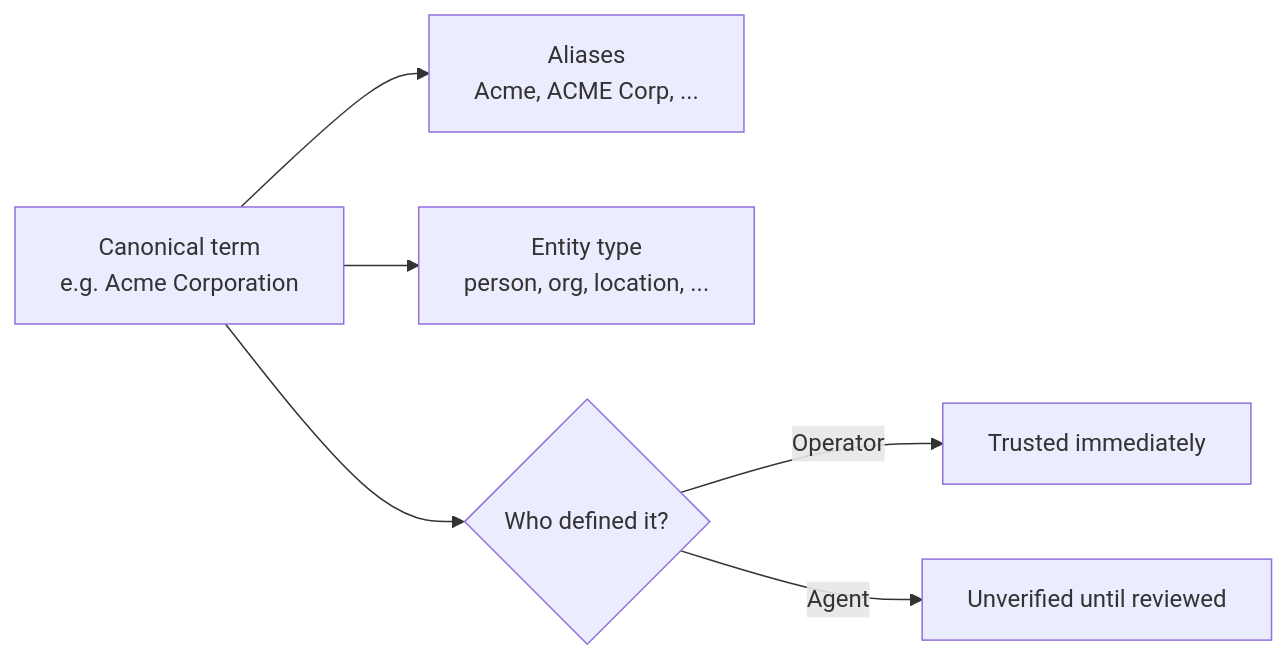
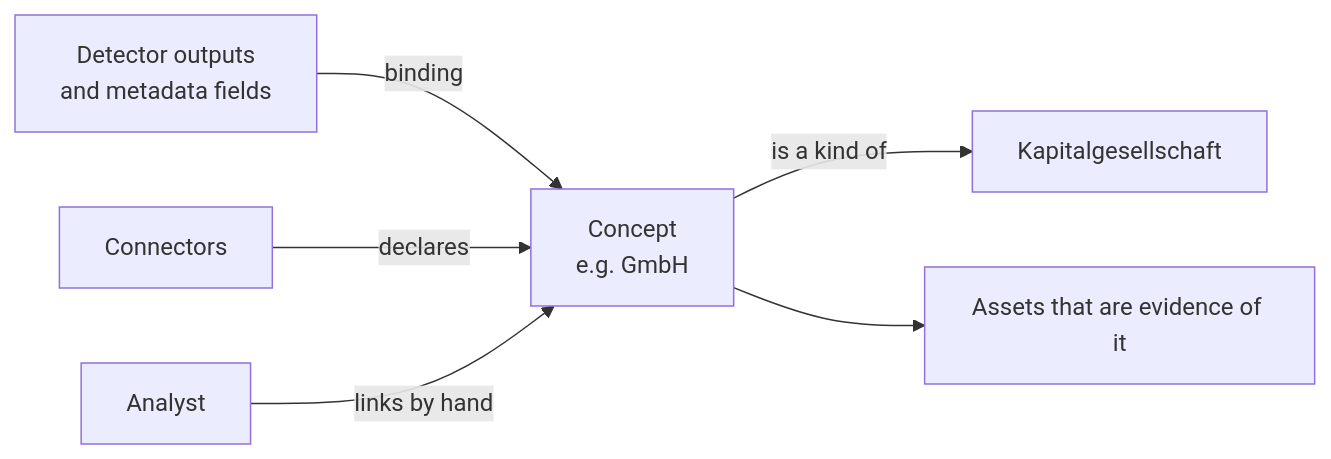
One commit to classifyre/classifyre changed the diagram in apps/docs/app/how-it-works/glossary/page.mdx. Above: the diagram before and after it, drawn with Mermaid. The commit also changed other lines of this file and 4 other files, not shown here.

````diff
--- a/apps/docs/app/how-it-works/glossary/page.mdx
+++ b/apps/docs/app/how-it-works/glossary/page.mdx
@@ -13,8 +16,8 @@
 ```mermaid
 graph LR
-    Term["Canonical term<br/>e.g. Acme Corporation"] --> Aliases["Aliases<br/>Acme, ACME Corp, ..."]
-    Term --> Type["Entity type<br/>person, org, location, ..."]
-    Term --> Origin{"Who defined it?"}
-    Origin -->|"Operator"| Trusted["Trusted immediately"]
-    Origin -->|"Agent"| Unverified["Unverified until reviewed"]
+    Data["Detector outputs<br/>and metadata fields"] -->|binding| Concept["Concept<br/>e.g. GmbH"]
+    Connector["Connectors"] -->|declares| Concept
+    Person["Analyst"] -->|links by hand| Concept
+    Concept -->|is a kind of| Broader["Kapitalgesellschaft"]
+    Concept --> Evidence["Assets that are evidence of it"]
 ```
````
